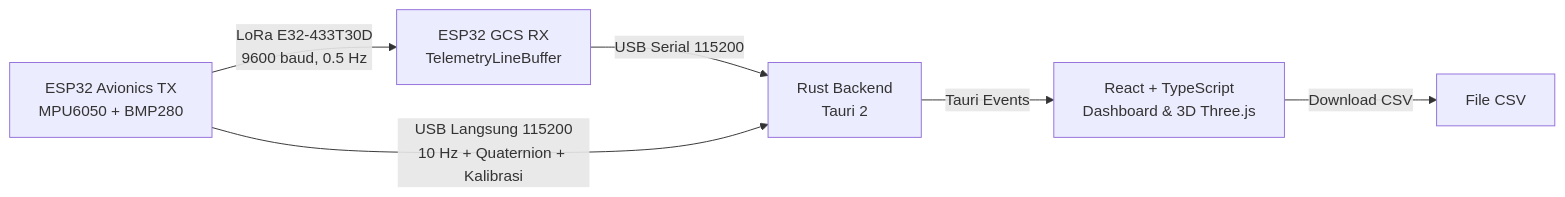
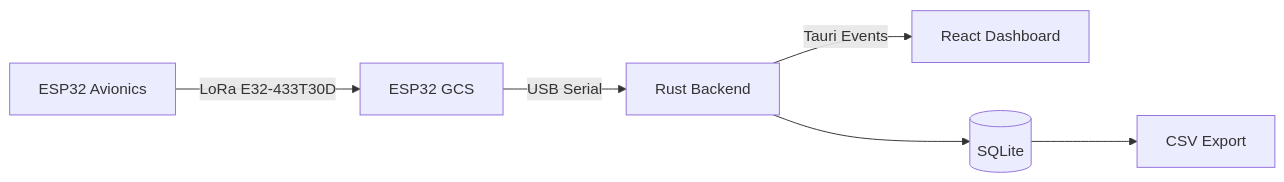
The first of 2 diagrams in README.md (Raharinda/avionics-gcs), drawn with Mermaid before and after one commit. The commit also changed other lines of this file and 24 other files, not shown here.

````diff
--- a/README.md
+++ b/README.md
@@ -26,8 +24,8 @@
 ```mermaid
 flowchart LR
-  A[ESP32 Avionics TX<br/>MPU6050 + BMP280] -->|LoRa E32-433T30D<br/>9600 baud, 0.5 Hz| B[ESP32 GCS RX<br/>TelemetryLineBuffer]
-  B -->|USB Serial 115200| C[Rust Backend<br/>Tauri 2]
-  A -->|USB Langsung 115200<br/>10 Hz + Quaternion + Kalibrasi| C
-  C -->|Tauri Events| D[React + TypeScript<br/>Dashboard & 3D Three.js]
-  D -->|Download CSV| E[File CSV]
+  A[ESP32 Avionics] -->|LoRa E32-433T30D| B[ESP32 GCS]
+  B -->|USB Serial| C[Rust Backend]
+  C -->|Tauri Events| D[React Dashboard]
+  C --> E[(SQLite)]
+  E --> F[CSV Export]
 ```
````
